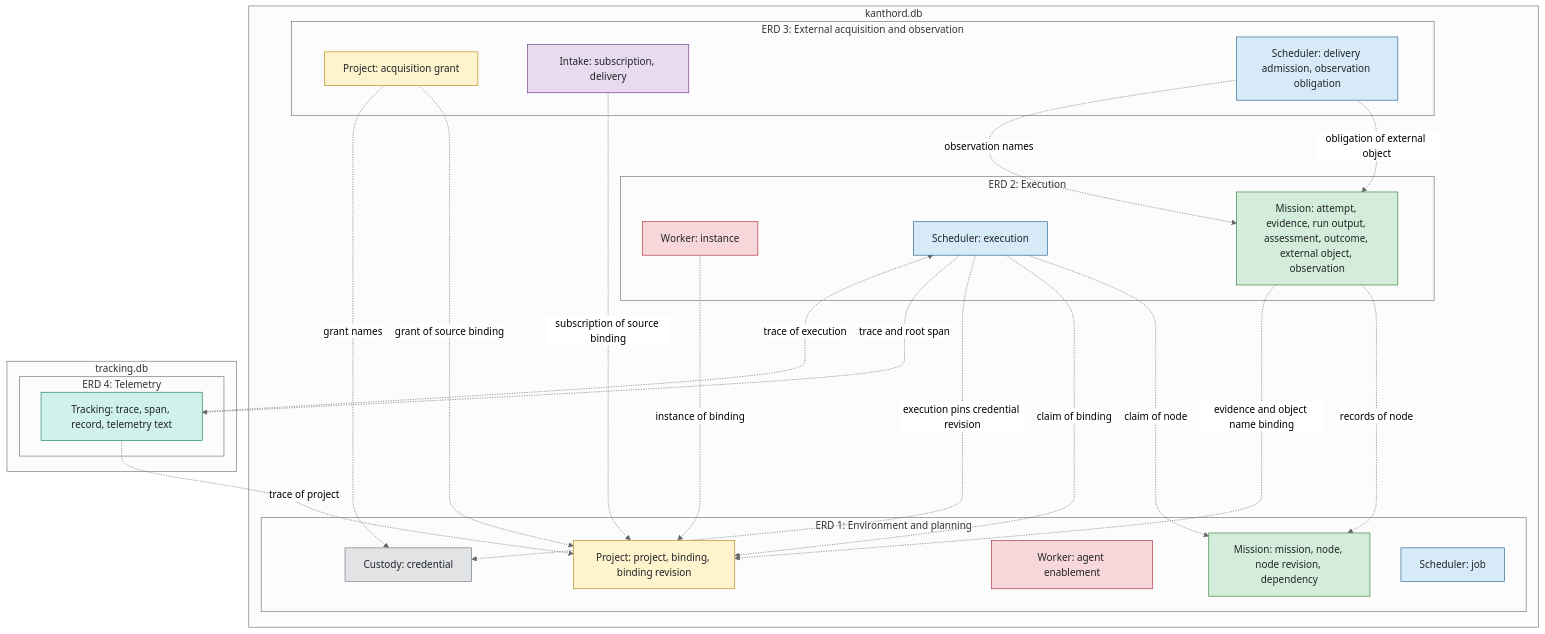
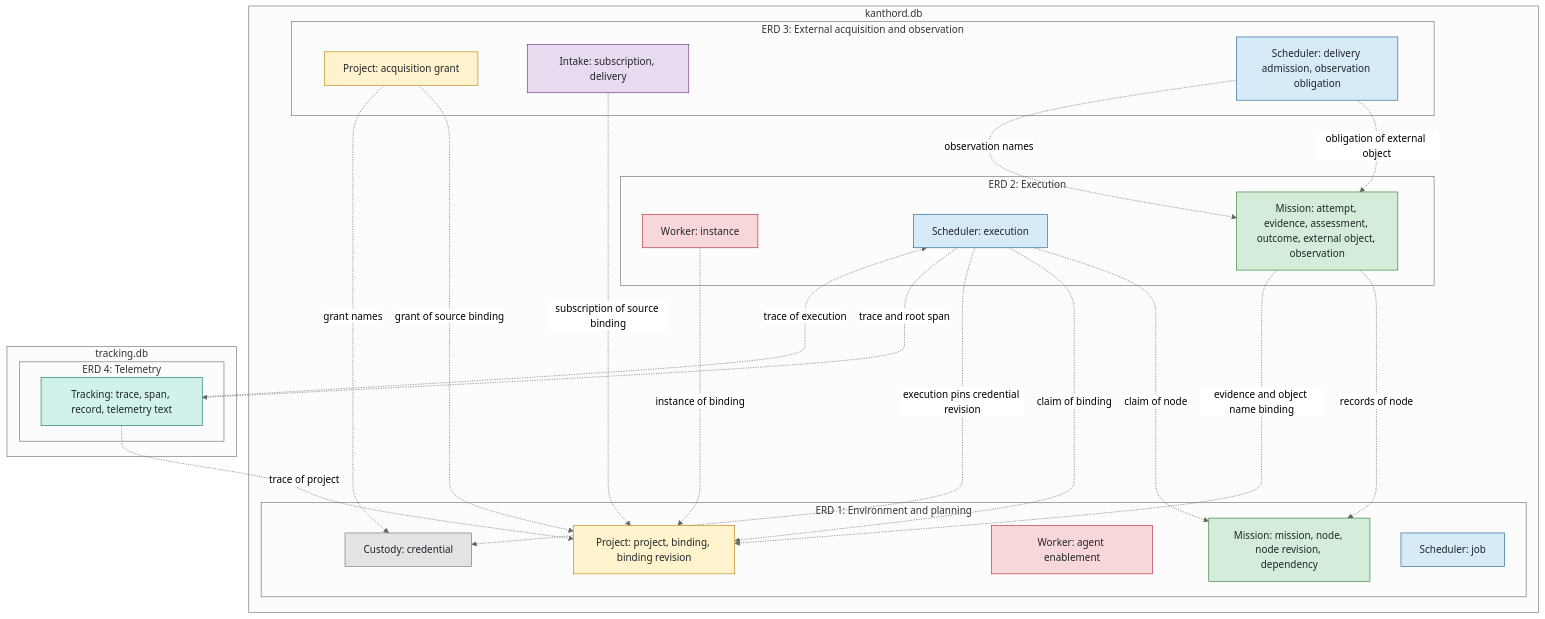
Before and after one commit to kanthorlabs/kanthord: the diagram in docs/reference/erd/README.md, drawn with Mermaid (neutral theme). The commit also changed 7 other files, not shown here.

Commit message:
docs(erd): drop the run output record

````diff
--- a/docs/reference/erd/README.md
+++ b/docs/reference/erd/README.md
@@ -32,60 +32,60 @@
 ```mermaid
 flowchart TB
     subgraph db1["kanthord.db"]
         subgraph v1["ERD 1: Environment and planning"]
             c1["Custody: credential"]
             p1["Project: project, binding, binding revision"]
             w1["Worker: agent enablement"]
             m1["Mission: mission, node, node revision, dependency"]
             s1["Scheduler: job"]
         end
         subgraph v2["ERD 2: Execution"]
             w2["Worker: instance"]
             s2["Scheduler: execution"]
-            m2["Mission: attempt, evidence, run output, assessment, outcome, external object, observation"]
+            m2["Mission: attempt, evidence, assessment, outcome, external object, observation"]
         end
         subgraph v3["ERD 3: External acquisition and observation"]
             p3["Project: acquisition grant"]
             i3["Intake: subscription, delivery"]
             s3["Scheduler: delivery admission, observation obligation"]
         end
     end
     subgraph db2["tracking.db"]
         subgraph v4["ERD 4: Telemetry"]
             t4["Tracking: trace, span, record, telemetry text"]
         end
     end
 
     w2 -.->|instance of binding| p1
     s2 -.->|claim of node| m1
     s2 -.->|claim of binding| p1
     s2 -.->|execution pins credential revision| c1
     m2 -.->|records of node| m1
     m2 -.->|evidence and object name binding| p1
 
     p3 -.->|grant of source binding| p1
     p3 -.->|grant names| c1
     i3 -.->|subscription of source binding| p1
     s3 -.->|obligation of external object| m2
     s3 -.->|observation names| m2
 
     t4 -.->|trace of execution| s2
     s2 -.->|trace and root span| t4
     t4 -.->|trace of project| p1
 
     classDef custody fill:#e2e3e5,stroke:#6c757d,color:#212529
     classDef project fill:#fff3cd,stroke:#b8860b,color:#212529
     classDef worker fill:#f8d7da,stroke:#b02a37,color:#212529
     classDef mission fill:#d4edda,stroke:#2e7d32,color:#212529
     classDef scheduler fill:#d6eaf8,stroke:#1f618d,color:#212529
     classDef intake fill:#e8daef,stroke:#6c3483,color:#212529
     classDef tracking fill:#d1f2eb,stroke:#117a65,color:#212529
 
     class c1 custody
     class p1,p3 project
     class w1,w2 worker
     class m1,m2 mission
     class s1,s2,s3 scheduler
     class i3 intake
     class t4 tracking
 ```
````
